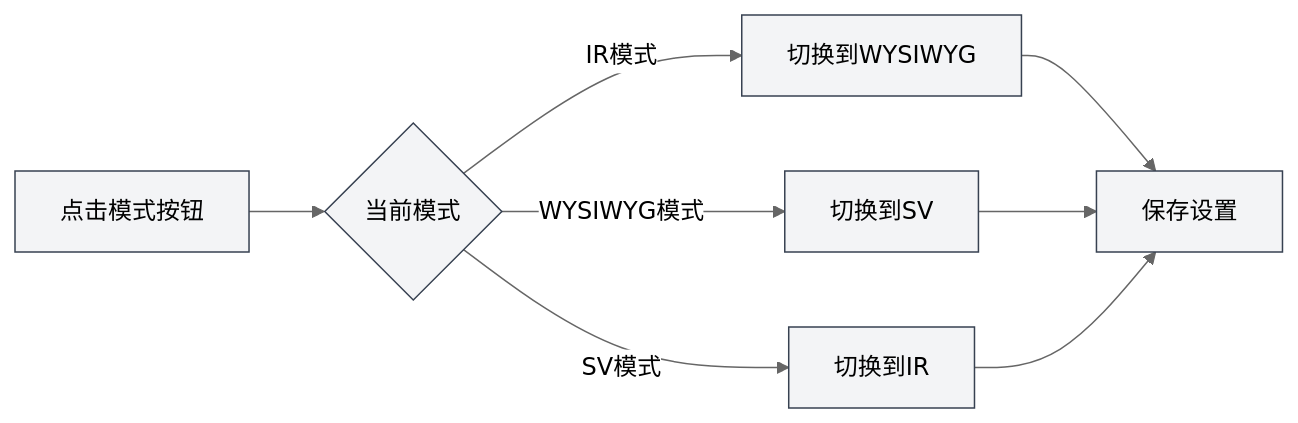
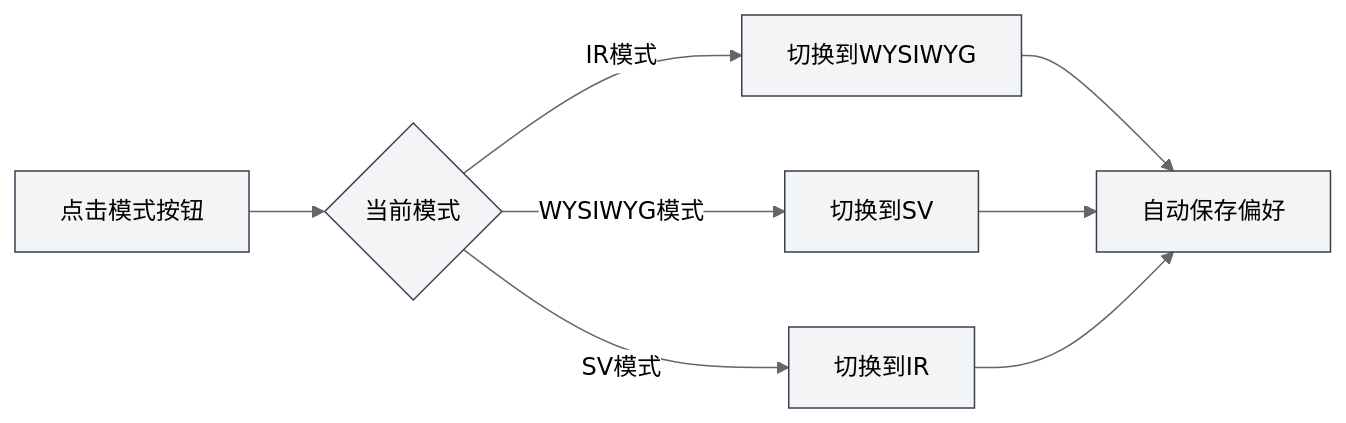
The second of 4 diagrams in meta-doc/src/renderer/src/manuals/zh_CN/markdown/editor.md (JaredYe04/MetaDoc), drawn with Mermaid (neutral theme) before and after one commit. The commit also changed other lines of this file and 1 other file, not shown here.

````diff
--- a/meta-doc/src/renderer/src/manuals/zh_CN/markdown/editor.md
+++ b/meta-doc/src/renderer/src/manuals/zh_CN/markdown/editor.md
@@ -126,16 +79,16 @@
 ```mermaid
 graph LR
     A[点击模式按钮] --> B{当前模式}
     B -->|IR模式| C[切换到WYSIWYG]
     B -->|WYSIWYG模式| D[切换到SV]
     B -->|SV模式| E[切换到IR]
-    C --> F[保存设置]
+    C --> F[自动保存偏好]
     D --> F
     E --> F
     style A fill:#f3f4f6,stroke:#374151
     style B fill:#f3f4f6,stroke:#374151
     style C fill:#f3f4f6,stroke:#374151
     style D fill:#f3f4f6,stroke:#374151
     style E fill:#f3f4f6,stroke:#374151
     style F fill:#f3f4f6,stroke:#374151
 ```
````
